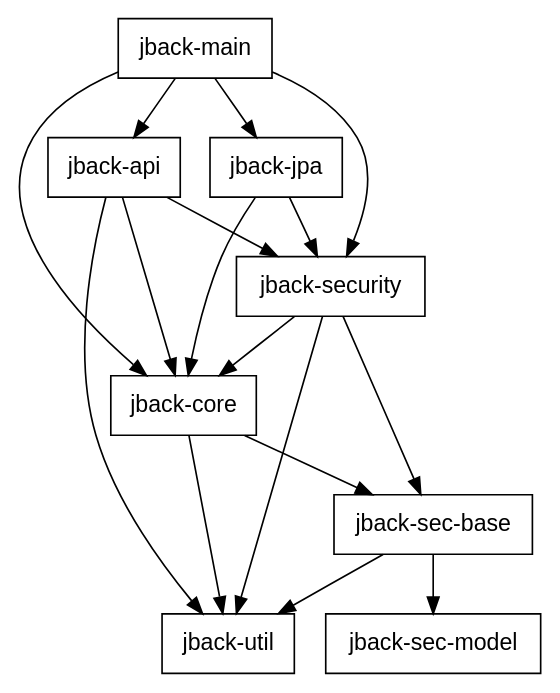
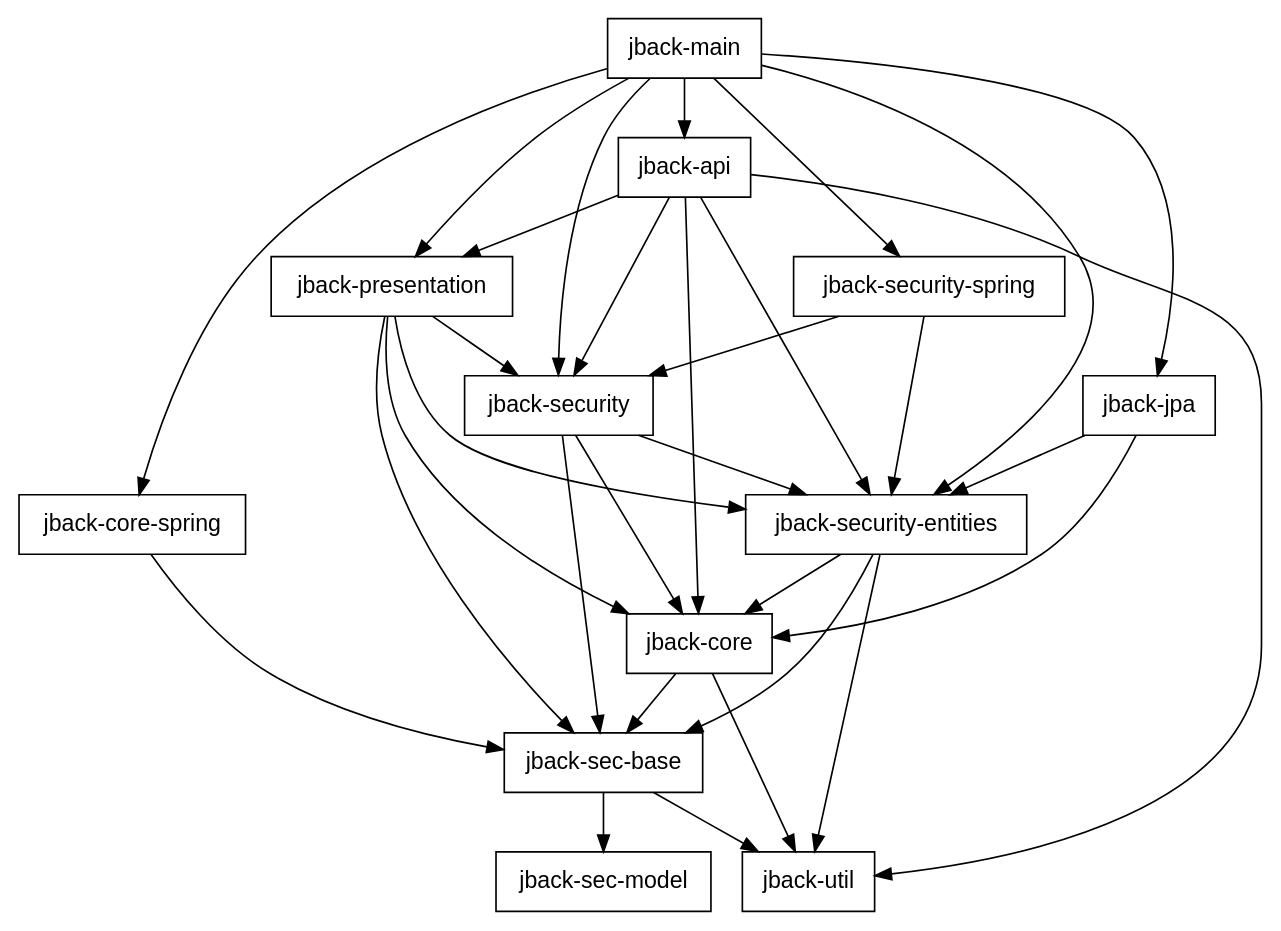
One commit to blaulaub/jback changed the diagram in graphviz/module-dependencies.dot. Above: the diagram before and after it, drawn with Graphviz. The commit also changed 1 other file, not shown here.

```diff
--- a/graphviz/module-dependencies.dot
+++ b/graphviz/module-dependencies.dot
@@ -1,21 +1,36 @@
 digraph G {
 
   node [ shape="box", fontname="helvetica" ];
 
   "jback-main" -> "jback-api";
-  "jback-main" -> "jback-core";
+  "jback-main" -> "jback-core-spring";
   "jback-main" -> "jback-jpa";
+  "jback-main" -> "jback-presentation";
   "jback-main" -> "jback-security";
+  "jback-main" -> "jback-security-entities";
+  "jback-main" -> "jback-security-spring";
   "jback-jpa" -> "jback-core";
-  "jback-jpa" -> "jback-security";
+  "jback-jpa" -> "jback-security-entities";
   "jback-api" -> "jback-core";
+  "jback-api" -> "jback-presentation";
   "jback-api" -> "jback-security";
+  "jback-api" -> "jback-security-entities";
   "jback-api" -> "jback-util";
+  "jback-presentation" -> "jback-core";
+  "jback-presentation" -> "jback-sec-base";
+  "jback-presentation" -> "jback-security";
+  "jback-presentation" -> "jback-security-entities";
   "jback-security" -> "jback-core";
   "jback-security" -> "jback-sec-base";
-  "jback-security" -> "jback-util";
+  "jback-security" -> "jback-security-entities";
+  "jback-security-entities" -> "jback-core";
+  "jback-security-entities" -> "jback-sec-base";
+  "jback-security-entities" -> "jback-util";
+  "jback-security-spring" -> "jback-security";
+  "jback-security-spring" -> "jback-security-entities";
   "jback-core" -> "jback-sec-base";
   "jback-core" -> "jback-util";
+  "jback-core-spring" -> "jback-sec-base";
   "jback-sec-base" -> "jback-sec-model";
   "jback-sec-base" -> "jback-util";
 }
```
